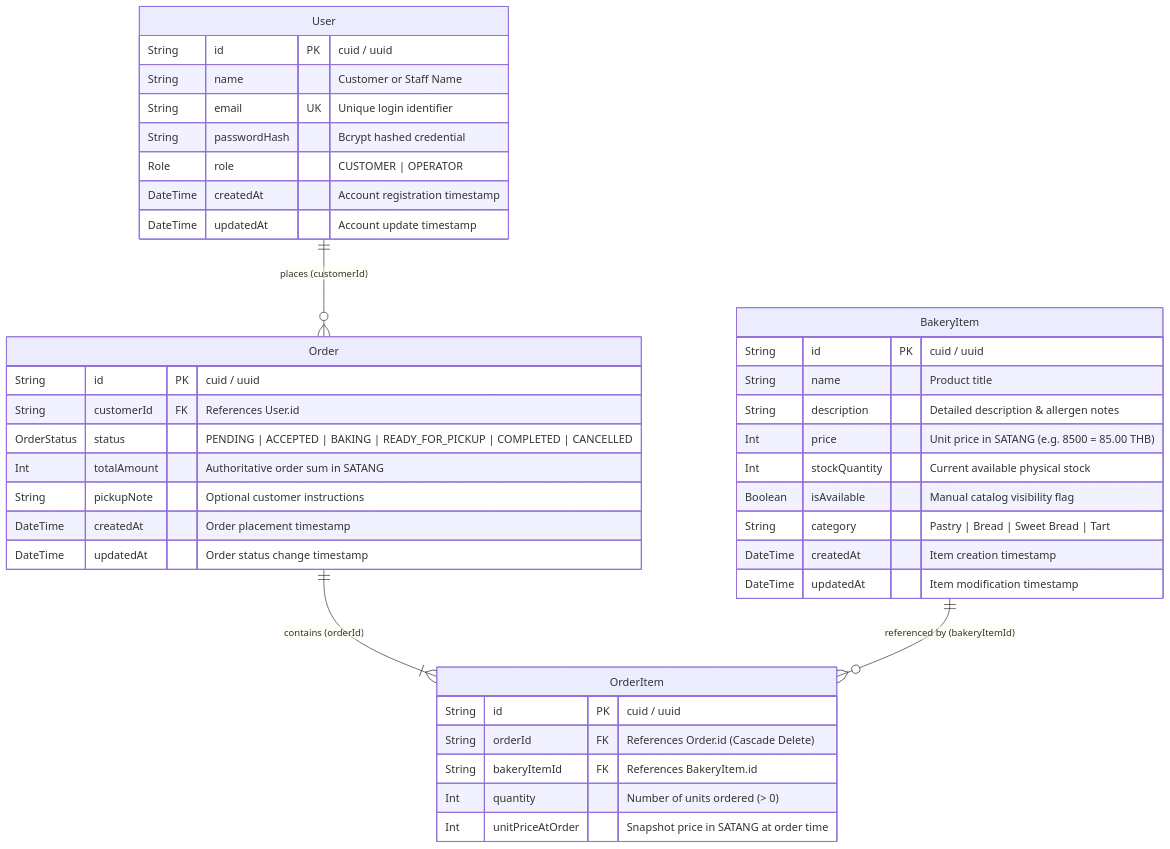
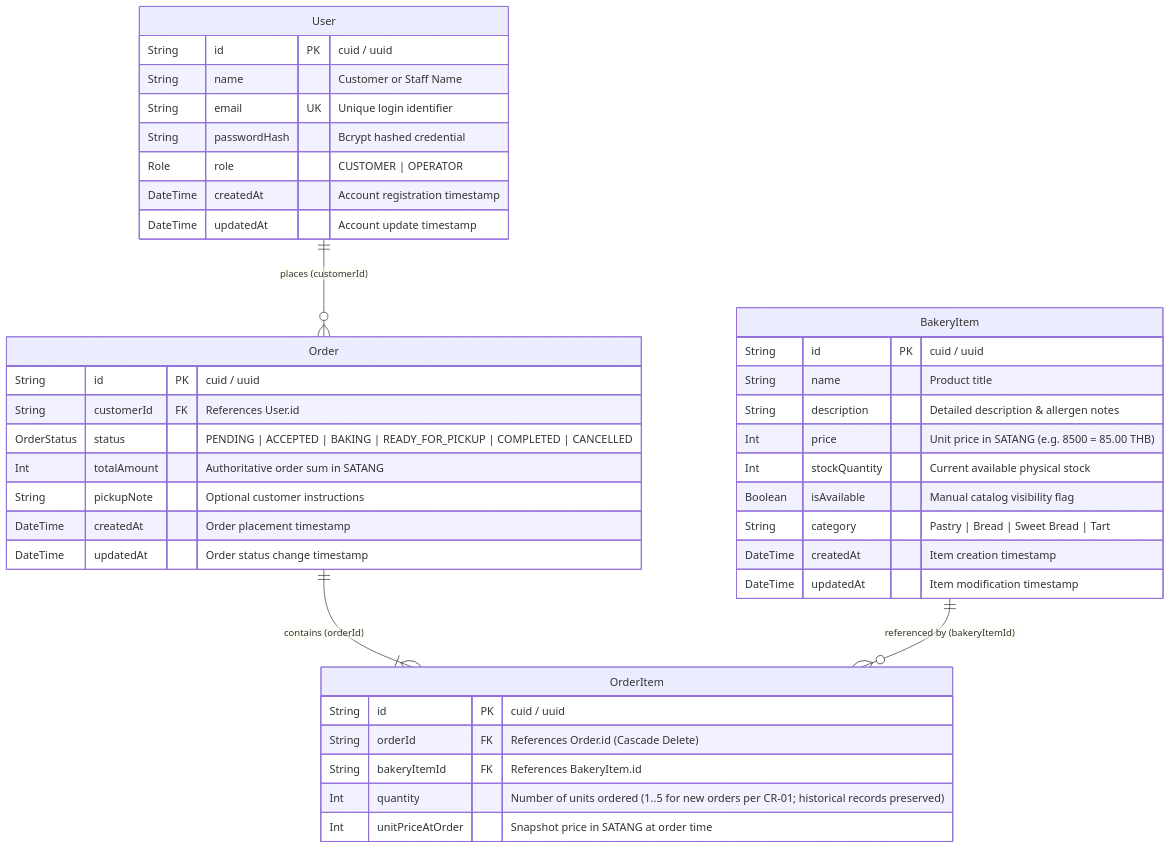
One commit to meebotsompurin-stack/crustcraft-bakery-order changed the second of 2 diagrams in docs/system-sds.md. Above: the diagram before and after it, drawn with Mermaid. The commit also changed other lines of this file and 7 other files, not shown here.

````diff
--- a/docs/system-sds.md
+++ b/docs/system-sds.md
@@ -190,46 +201,46 @@
 ```mermaid
 erDiagram
     User ||--o{ Order : "places (customerId)"
     Order ||--|{ OrderItem : "contains (orderId)"
     BakeryItem ||--o{ OrderItem : "referenced by (bakeryItemId)"
 
     User {
         String id PK "cuid / uuid"
         String name "Customer or Staff Name"
         String email UK "Unique login identifier"
         String passwordHash "Bcrypt hashed credential"
         Role role "CUSTOMER | OPERATOR"
         DateTime createdAt "Account registration timestamp"
         DateTime updatedAt "Account update timestamp"
     }
 
     BakeryItem {
         String id PK "cuid / uuid"
         String name "Product title"
         String description "Detailed description & allergen notes"
         Int price "Unit price in SATANG (e.g. 8500 = 85.00 THB)"
         Int stockQuantity "Current available physical stock"
         Boolean isAvailable "Manual catalog visibility flag"
         String category "Pastry | Bread | Sweet Bread | Tart"
         DateTime createdAt "Item creation timestamp"
         DateTime updatedAt "Item modification timestamp"
     }
 
     Order {
         String id PK "cuid / uuid"
         String customerId FK "References User.id"
         OrderStatus status "PENDING | ACCEPTED | BAKING | READY_FOR_PICKUP | COMPLETED | CANCELLED"
         Int totalAmount "Authoritative order sum in SATANG"
         String pickupNote "Optional customer instructions"
         DateTime createdAt "Order placement timestamp"
         DateTime updatedAt "Order status change timestamp"
     }
 
     OrderItem {
         String id PK "cuid / uuid"
         String orderId FK "References Order.id (Cascade Delete)"
         String bakeryItemId FK "References BakeryItem.id"
-        Int quantity "Number of units ordered (> 0)"
+        Int quantity "Number of units ordered (1..5 for new orders per CR-01; historical records preserved)"
         Int unitPriceAtOrder "Snapshot price in SATANG at order time"
     }
 ```
````
